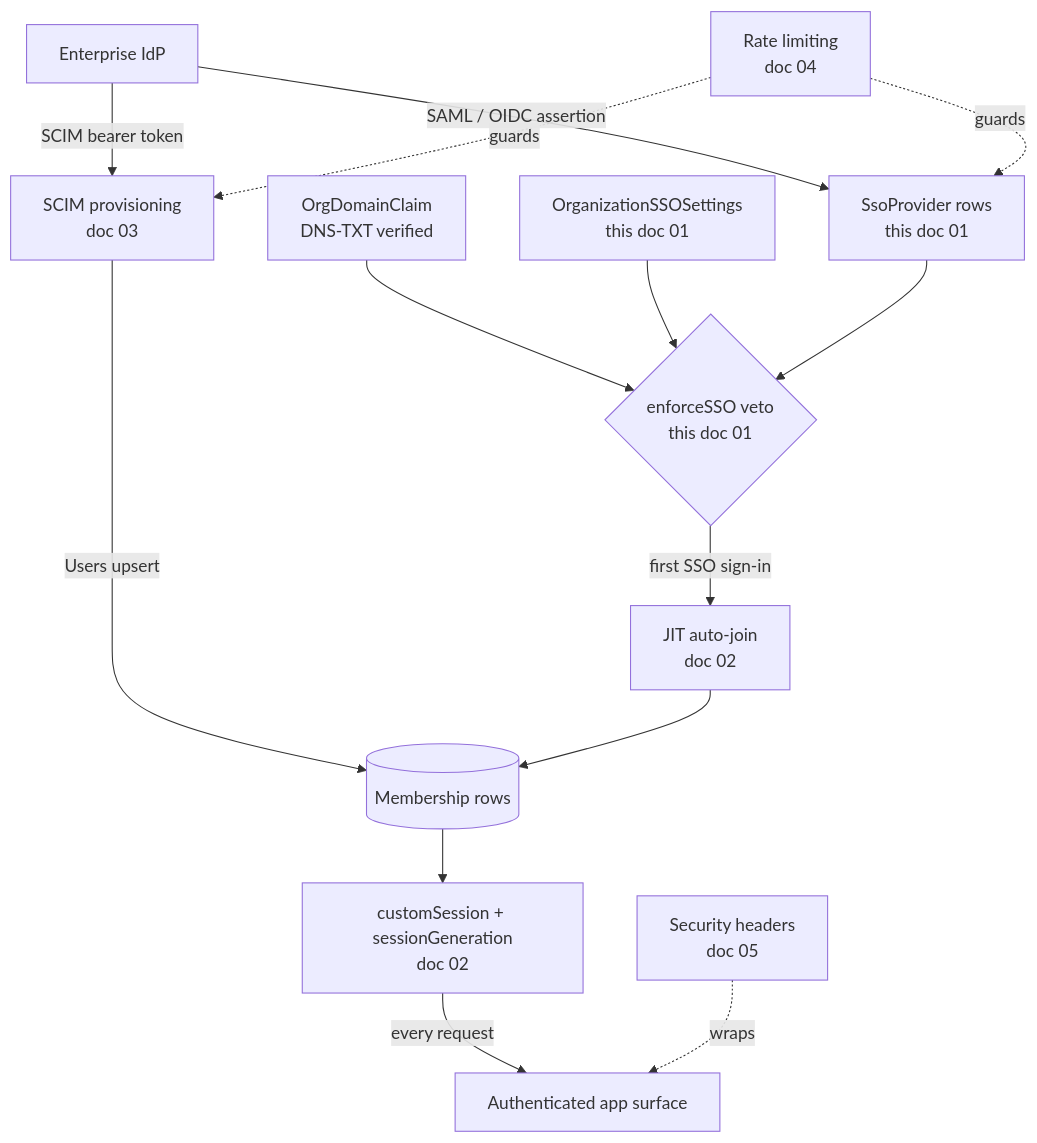
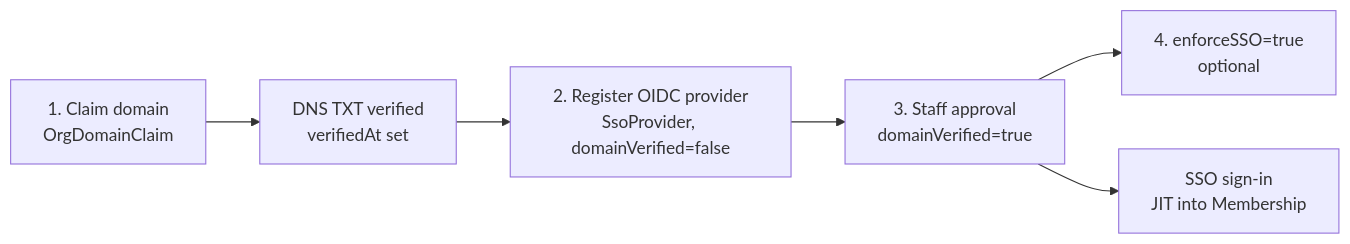
One commit to Practitionist/familiarise_web changed the diagram in docs/enterprise/20-iam-and-security/01-sso-and-authentication.md. Above: the diagram before and after it, drawn with Mermaid. The commit also changed other lines of this file, not shown here.

First line of the commit message:
docs(enterprise): cut the SSO page down to the OIDC-only enterprise view

````diff
--- a/docs/enterprise/20-iam-and-security/01-sso-and-authentication.md
+++ b/docs/enterprise/20-iam-and-security/01-sso-and-authentication.md
@@ -32,16 +24,8 @@
 ```mermaid
-flowchart TD
-  IdP[Enterprise IdP] -->|SAML / OIDC assertion| SSO["SsoProvider rows<br/>this doc 01"]
-  IdP -->|SCIM bearer token| SCIM["SCIM provisioning<br/>doc 03"]
-  CLAIM["OrgDomainClaim<br/>DNS-TXT verified"] --> ENF{"enforceSSO veto<br/>this doc 01"}
-  SETTINGS["OrganizationSSOSettings<br/>this doc 01"] --> ENF
-  SSO --> ENF
-  ENF -->|first SSO sign-in| JIT["JIT auto-join<br/>doc 02"]
-  SCIM -->|Users upsert| MEM[(Membership rows)]
-  JIT --> MEM
-  MEM --> SESSION["customSession + sessionGeneration<br/>doc 02"]
-  SESSION -->|every request| APP[Authenticated app surface]
-  RL["Rate limiting<br/>doc 04"] -.->|guards| SSO
-  RL -.->|guards| SCIM
-  HDR["Security headers<br/>doc 05"] -.->|wraps| APP
+flowchart LR
+  CLAIM["1. Claim domain<br/>OrgDomainClaim"] --> VERIFY["DNS TXT verified<br/>verifiedAt set"]
+  VERIFY --> PROVIDER["2. Register OIDC provider<br/>SsoProvider, domainVerified=false"]
+  PROVIDER --> APPROVE["3. Staff approval<br/>domainVerified=true"]
+  APPROVE --> ENFORCE["4. enforceSSO=true<br/>optional"]
+  APPROVE --> JIT["SSO sign-in<br/>JIT into Membership"]
 ```
````
